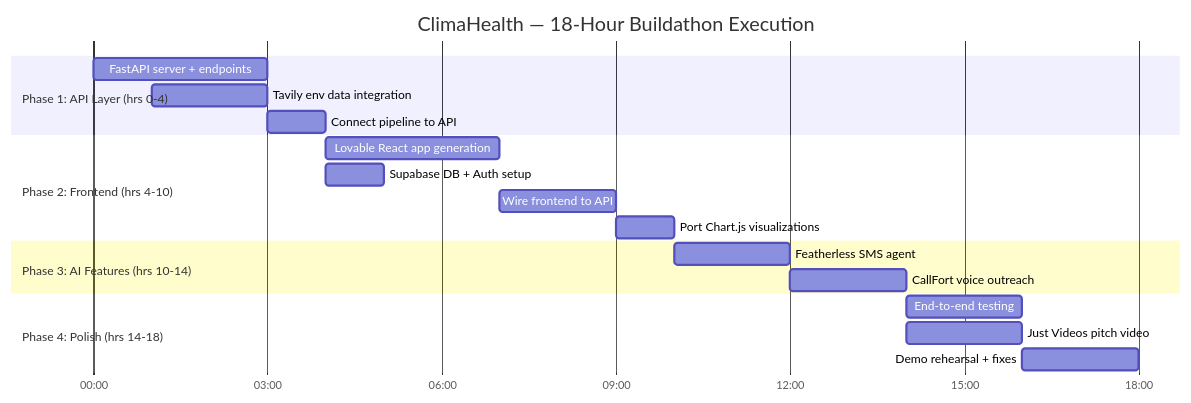
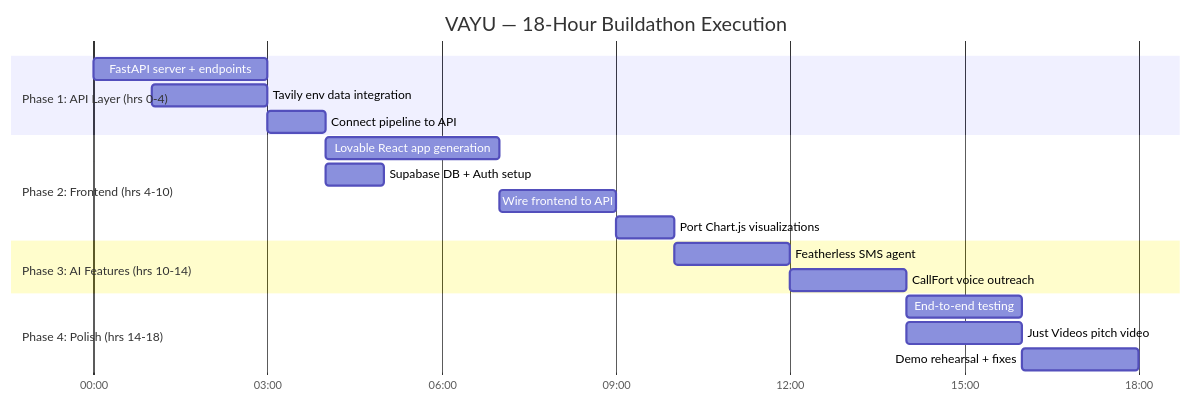
One commit to AaschitaReddyM/vector-ayu changed the diagram in buildathon_credit_strategy.md. Above: the diagram before and after it, drawn with Mermaid. The commit also changed other lines of this file and 19 other files, not shown here.

Commit message:
vayu: created flowchart

````diff
--- a/buildathon_credit_strategy.md
+++ b/buildathon_credit_strategy.md
@@ -108,26 +108,26 @@
 ```mermaid
 gantt
-    title ClimaHealth — 18-Hour Buildathon Execution
+    title VAYU — 18-Hour Buildathon Execution
     dateFormat HH:mm
     axisFormat %H:%M
 
     section Phase 1: API Layer (hrs 0-4)
     FastAPI server + endpoints        :a1, 00:00, 3h
     Tavily env data integration       :a2, 01:00, 2h
     Connect pipeline to API           :a3, 03:00, 1h
 
     section Phase 2: Frontend (hrs 4-10)
     Lovable React app generation      :b1, 04:00, 3h
     Supabase DB + Auth setup          :b2, 04:00, 1h
     Wire frontend to API              :b3, 07:00, 2h
     Port Chart.js visualizations      :b4, 09:00, 1h
 
     section Phase 3: AI Features (hrs 10-14)
     Featherless SMS agent             :c1, 10:00, 2h
     CallFort voice outreach           :c2, 12:00, 2h
 
     section Phase 4: Polish (hrs 14-18)
     End-to-end testing                :d1, 14:00, 2h
     Just Videos pitch video           :d2, 14:00, 2h
     Demo rehearsal + fixes            :d3, 16:00, 2h
 ```
````
